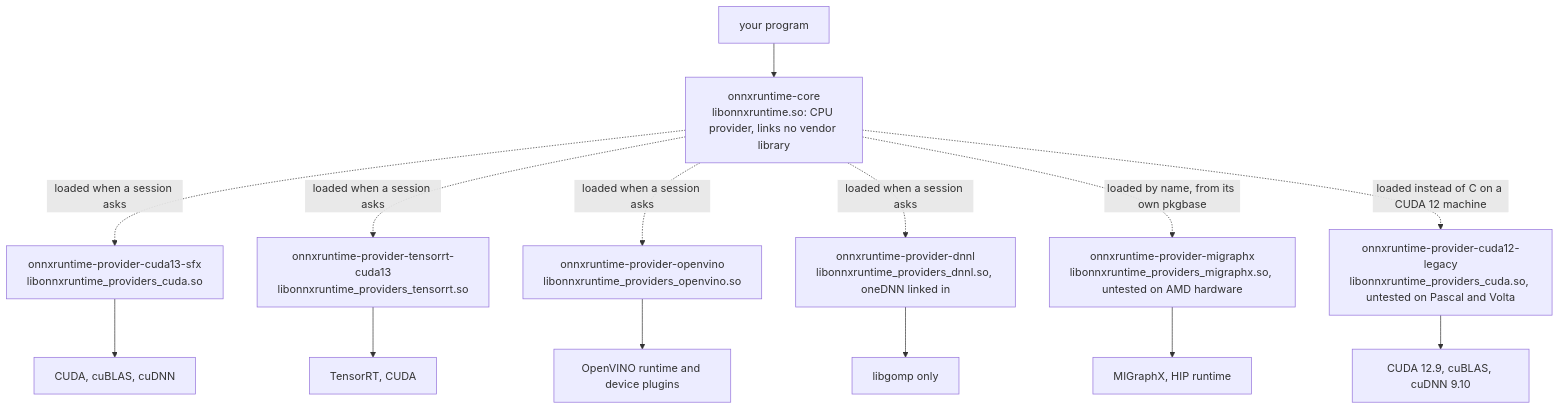
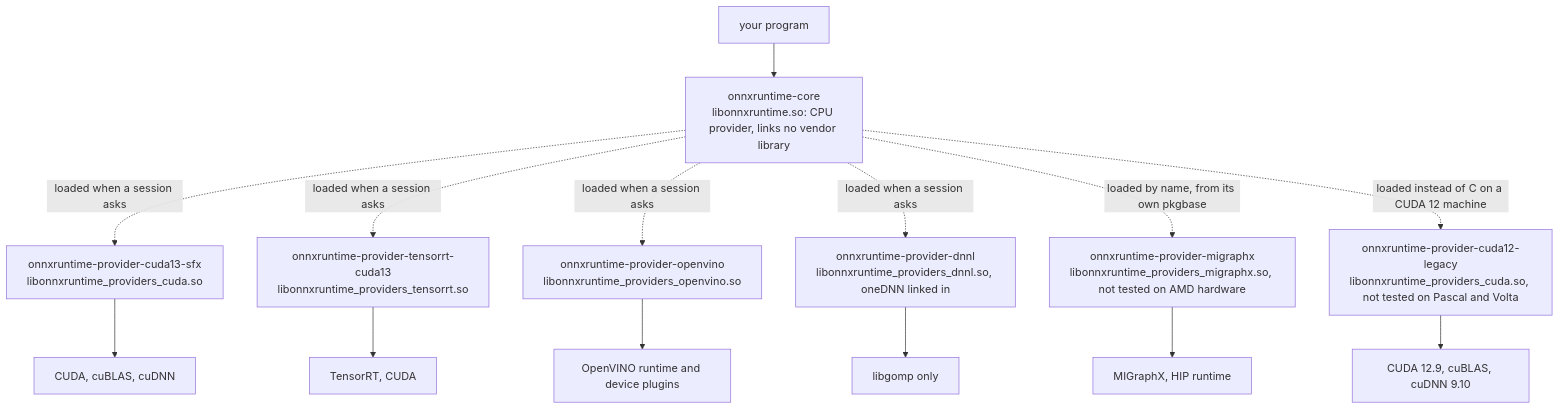
One commit to rsd/omarchy-onnxruntime changed the diagram in docs/engines.md. Above: the diagram before and after it, drawn with Mermaid. The commit also changed other lines of this file and 16 other files, not shown here.

First line of the commit message:
State every support claim as supported, tested or not tested

````diff
--- a/docs/engines.md
+++ b/docs/engines.md
@@ -5,16 +5,16 @@
 ```mermaid
 flowchart TD
     A[your program] --> B[onnxruntime-core<br/>libonnxruntime.so: CPU provider, links no vendor library]
     B -. loaded when a session asks .-> C[onnxruntime-provider-cuda13-sfx<br/>libonnxruntime_providers_cuda.so]
     B -. loaded when a session asks .-> D[onnxruntime-provider-tensorrt-cuda13<br/>libonnxruntime_providers_tensorrt.so]
     B -. loaded when a session asks .-> E[onnxruntime-provider-openvino<br/>libonnxruntime_providers_openvino.so]
     B -. loaded when a session asks .-> M[onnxruntime-provider-dnnl<br/>libonnxruntime_providers_dnnl.so, oneDNN linked in]
-    B -. loaded by name, from its own pkgbase .-> I[onnxruntime-provider-migraphx<br/>libonnxruntime_providers_migraphx.so, untested on AMD hardware]
-    B -. loaded instead of C on a CUDA 12 machine .-> K[onnxruntime-provider-cuda12-legacy<br/>libonnxruntime_providers_cuda.so, untested on Pascal and Volta]
+    B -. loaded by name, from its own pkgbase .-> I[onnxruntime-provider-migraphx<br/>libonnxruntime_providers_migraphx.so, not tested on AMD hardware]
+    B -. loaded instead of C on a CUDA 12 machine .-> K[onnxruntime-provider-cuda12-legacy<br/>libonnxruntime_providers_cuda.so, not tested on Pascal and Volta]
     C --> F[CUDA, cuBLAS, cuDNN]
     D --> G[TensorRT, CUDA]
     E --> H[OpenVINO runtime and device plugins]
     M --> N[libgomp only]
     I --> J[MIGraphX, HIP runtime]
     K --> L[CUDA 12.9, cuBLAS, cuDNN 9.10]
 ```
````
